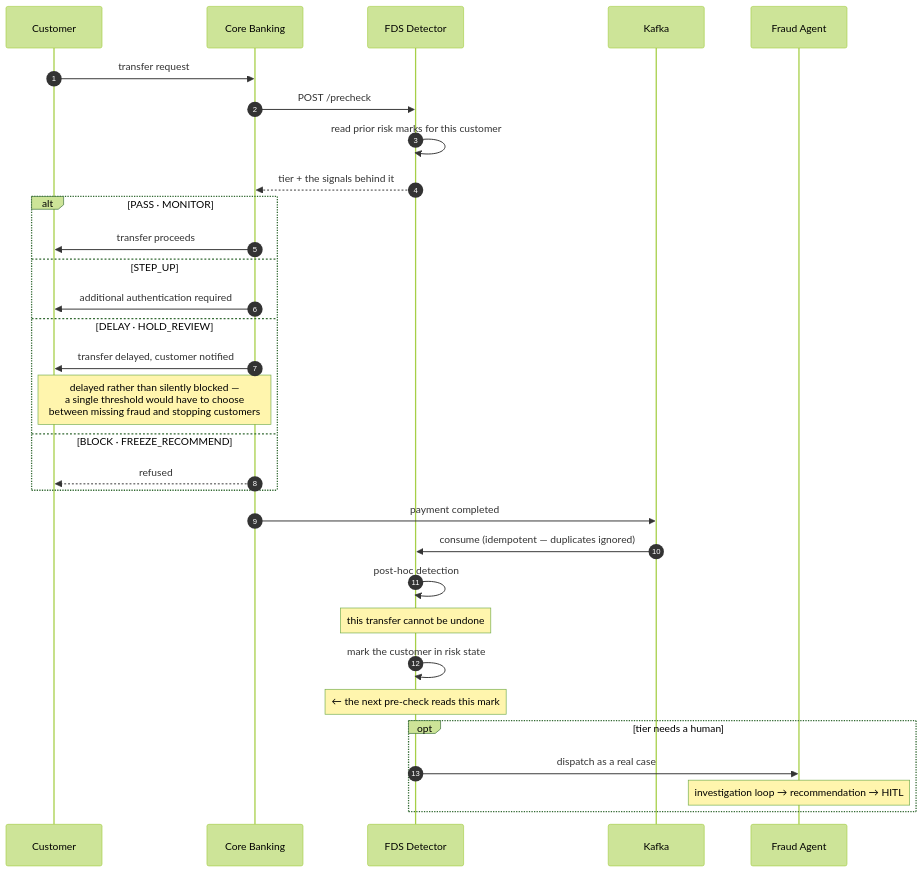
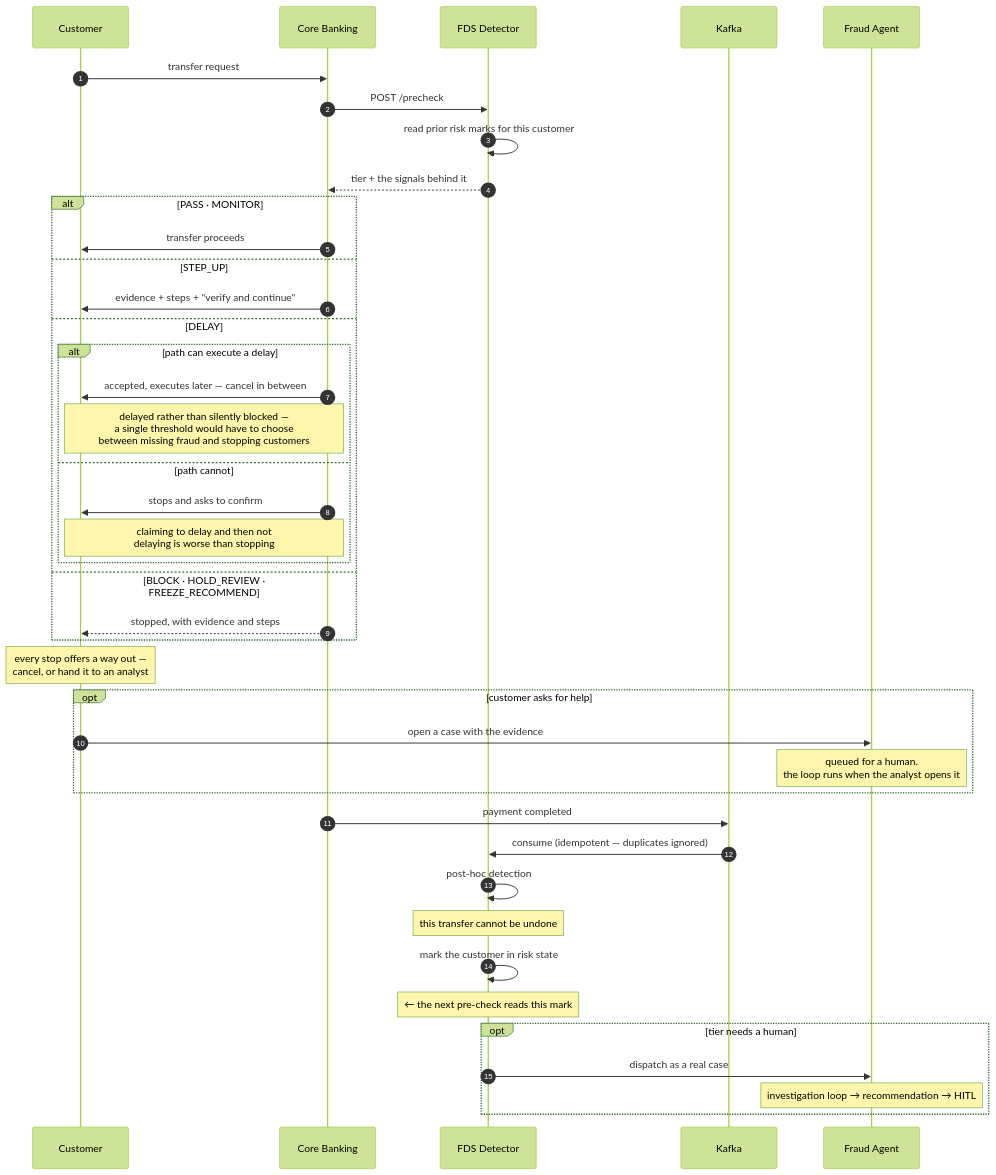
The second of 2 diagrams in README.md (MoonSuhyeon/AI-Native-Internet-Banking-Platform), drawn with Mermaid (forest theme) before and after one commit. The commit also changed other lines of this file, not shown here.

````diff
--- a/README.md
+++ b/README.md
@@ -160,36 +166,47 @@
 ```mermaid
 sequenceDiagram
     autonumber
     participant C as Customer
     participant CB as Core Banking
     participant FD as FDS Detector
     participant K as Kafka
     participant FA as Fraud Agent
 
     C->>CB: transfer request
     CB->>FD: POST /precheck
     FD->>FD: read prior risk marks for this customer
     FD-->>CB: tier + the signals behind it
 
     alt PASS · MONITOR
         CB->>C: transfer proceeds
     else STEP_UP
-        CB->>C: additional authentication required
-    else DELAY · HOLD_REVIEW
-        CB->>C: transfer delayed, customer notified
-        Note over CB,C: delayed rather than silently blocked —<br/>a single threshold would have to choose<br/>between missing fraud and stopping customers
-    else BLOCK · FREEZE_RECOMMEND
-        CB-->>C: refused
+        CB->>C: evidence + steps + "verify and continue"
+    else DELAY
+        alt path can execute a delay
+            CB->>C: accepted, executes later — cancel in between
+            Note over CB,C: delayed rather than silently blocked —<br/>a single threshold would have to choose<br/>between missing fraud and stopping customers
+        else path cannot
+            CB->>C: stops and asks to confirm
+            Note over CB,C: claiming to delay and then not<br/>delaying is worse than stopping
+        end
+    else BLOCK · HOLD_REVIEW · FREEZE_RECOMMEND
+        CB-->>C: stopped, with evidence and steps
+    end
+
+    Note over C: every stop offers a way out —<br/>cancel, or hand it to an analyst
+    opt customer asks for help
+        C->>FA: open a case with the evidence
+        Note over FA: queued for a human.<br/>the loop runs when the analyst opens it
     end
 
     CB->>K: payment completed
     K->>FD: consume (idempotent — duplicates ignored)
     FD->>FD: post-hoc detection
     Note over FD: this transfer cannot be undone
     FD->>FD: mark the customer in risk state
     Note over FD: ← the next pre-check reads this mark
     opt tier needs a human
         FD->>FA: dispatch as a real case
         Note over FA: investigation loop → recommendation → HITL
     end
 ```
````
